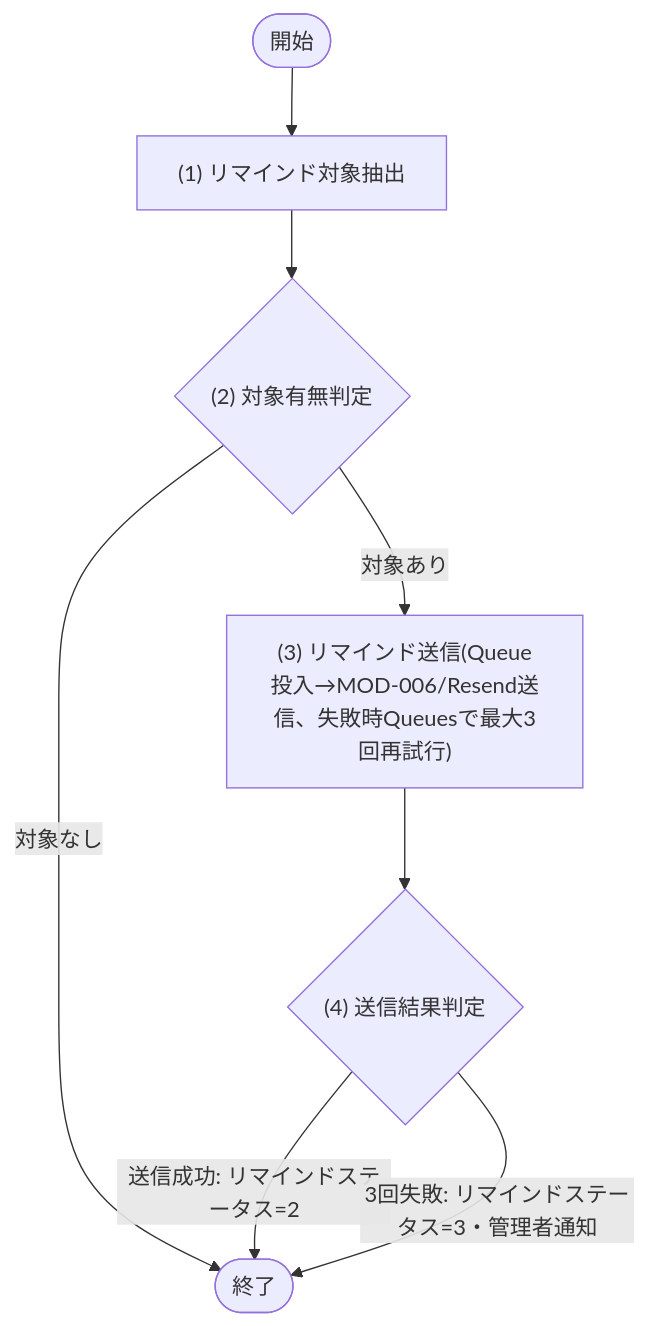
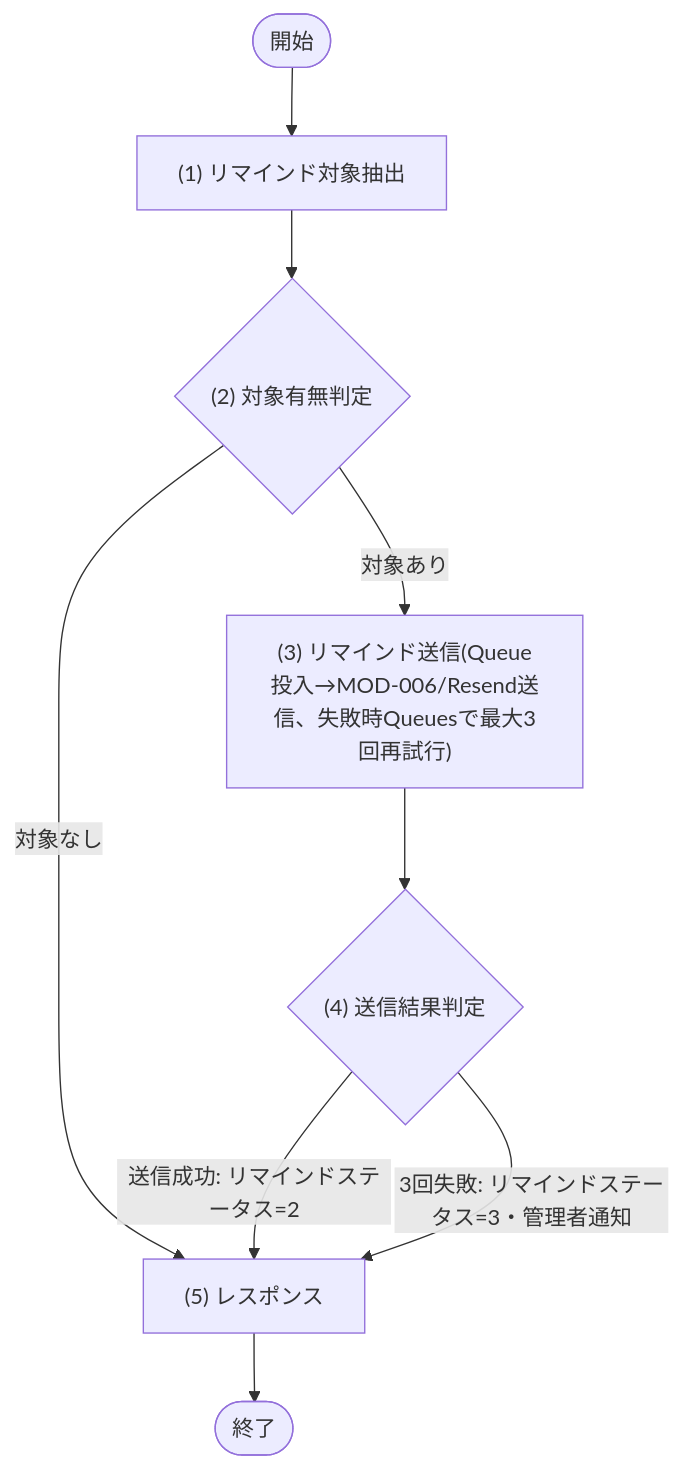
The diagram in docs/02_機能設計/04_JOB設計/JOB-001_予約リマインド通知.md (sikakou54/system-document-template), drawn with Mermaid before and after one commit. The commit also changed other lines of this file and 35 other files, not shown here.

````diff
--- a/docs/02_機能設計/04_JOB設計/JOB-001_予約リマインド通知.md
+++ b/docs/02_機能設計/04_JOB設計/JOB-001_予約リマインド通知.md
@@ -32,15 +32,16 @@
 ```mermaid
 flowchart TD
   Start([開始])
   P1["(1) リマインド対象抽出"]
   D1{"(2) 対象有無判定"}
   P2["(3) リマインド送信(Queue投入→MOD-006/Resend送信、失敗時Queuesで最大3回再試行)"]
   D2{"(4) 送信結果判定"}
+  P3["(5) レスポンス"]
   End([終了])
 
   Start --> P1 --> D1
-  D1 -- "対象なし" --> End
+  D1 -- "対象なし" --> P3 --> End
   D1 -- "対象あり" --> P2 --> D2
-  D2 -- "送信成功: リマインドステータス=2" --> End
-  D2 -- "3回失敗: リマインドステータス=3・管理者通知" --> End
+  D2 -- "送信成功: リマインドステータス=2" --> P3
+  D2 -- "3回失敗: リマインドステータス=3・管理者通知" --> P3
 ```
````
